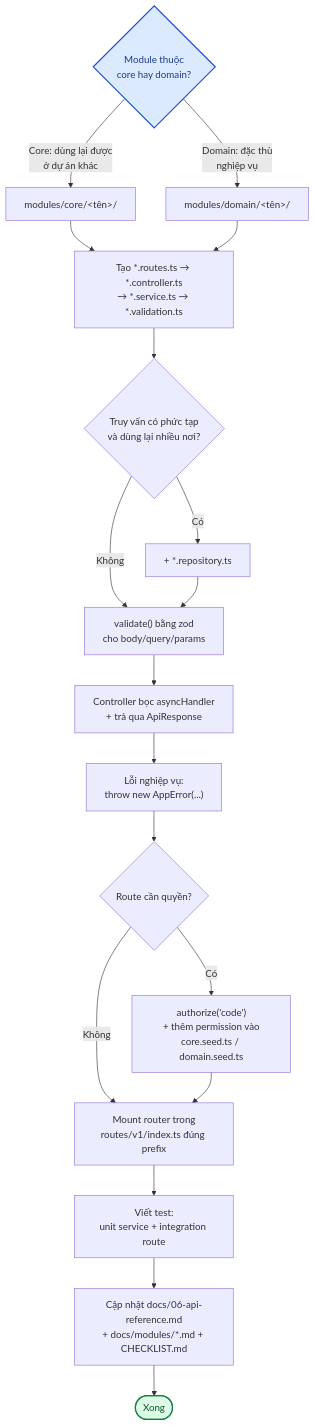
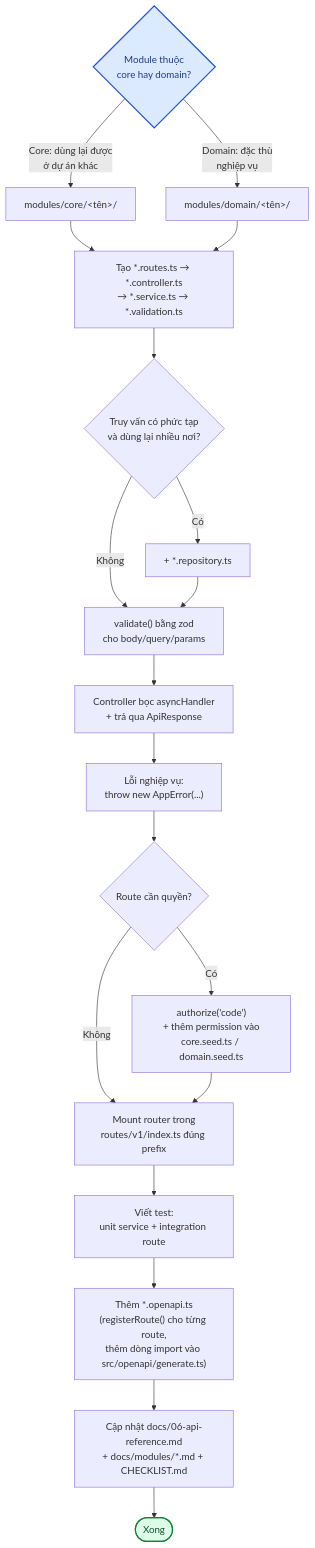
Before and after one commit to Hungvu0712/FLOWER: the fifth of 5 diagrams in docs/03-backend.md, drawn with Mermaid. The commit also changed other lines of this file and 10 other files, not shown here.

````diff
--- a/docs/03-backend.md
+++ b/docs/03-backend.md
@@ -338,23 +338,24 @@
 ```mermaid
 flowchart TD
     S1{"Module thuộc<br/>core hay domain?"} -->|Core: dùng lại được<br/>ở dự án khác| C1["modules/core/&lt;tên&gt;/"]
     S1 -->|Domain: đặc thù<br/>nghiệp vụ| C2["modules/domain/&lt;tên&gt;/"]
     C1 --> S2
     C2 --> S2
     S2["Tạo *.routes.ts → *.controller.ts<br/>→ *.service.ts → *.validation.ts"] --> S3
     S3{"Truy vấn có phức tạp<br/>và dùng lại nhiều nơi?"} -->|Có| S3A["+ *.repository.ts"]
     S3 -->|Không| S4
     S3A --> S4
     S4["validate() bằng zod<br/>cho body/query/params"] --> S5
     S5["Controller bọc asyncHandler<br/>+ trả qua ApiResponse"] --> S6
     S6["Lỗi nghiệp vụ:<br/>throw new AppError(...)"] --> S7
     S7{"Route cần quyền?"} -->|Có| S7A["authorize('code')<br/>+ thêm permission vào<br/>core.seed.ts / domain.seed.ts"]
     S7 -->|Không| S8
     S7A --> S8
     S8["Mount router trong<br/>routes/v1/index.ts đúng prefix"] --> S9
-    S9["Viết test:<br/>unit service + integration route"] --> S10
+    S9["Viết test:<br/>unit service + integration route"] --> S9B
+    S9B["Thêm *.openapi.ts<br/>(registerRoute() cho từng route,<br/>thêm dòng import vào src/openapi/generate.ts)"] --> S10
     S10["Cập nhật docs/06-api-reference.md<br/>+ docs/modules/*.md + CHECKLIST.md"] --> DONE([Xong])
 
     style DONE fill:#dcfce7,stroke:#15803d,stroke-width:2px,color:#14532d
     style S1 fill:#dbeafe,stroke:#1d4ed8,stroke-width:2px,color:#1e3a8a
 ```
````
